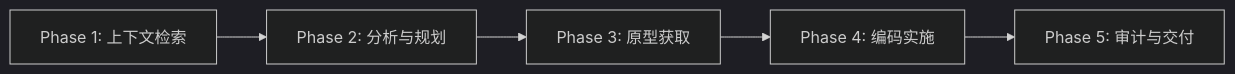
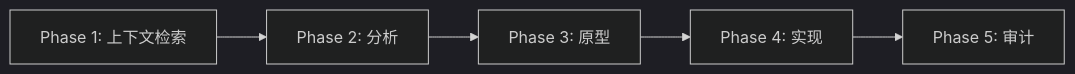
The diagram in README.zh-CN.md (Dwsy/agent), drawn with Mermaid (dark theme) before and after one commit. The commit also changed other lines of this file and 1 other file, not shown here.

````diff
--- a/README.zh-CN.md
+++ b/README.zh-CN.md
@@ -87,7 +136,7 @@
 ```mermaid
 graph LR
-    A[Phase 1: 上下文检索] --> B[Phase 2: 分析与规划]
-    B --> C[Phase 3: 原型获取]
-    C --> D[Phase 4: 编码实施]
-    D --> E[Phase 5: 审计与交付]
+    A[Phase 1: 上下文检索] --> B[Phase 2: 分析]
+    B --> C[Phase 3: 原型]
+    C --> D[Phase 4: 实现]
+    D --> E[Phase 5: 审计]
 ```
````
